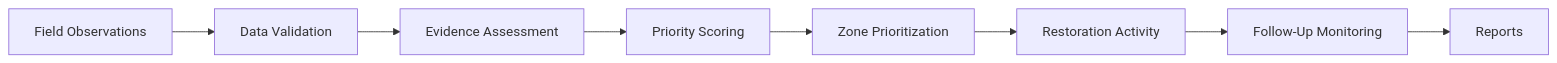
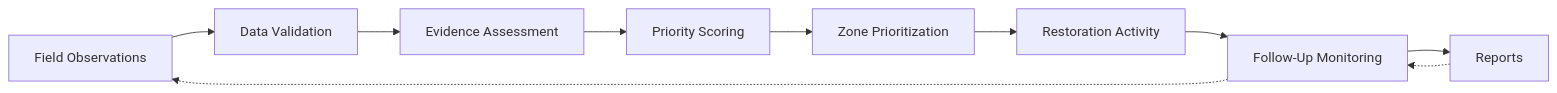
Before and after one commit to Prithiga-tech/EcoRestore-AI: the first of 2 diagrams in README.md, drawn with Mermaid. The commit also changed other lines of this file, not shown here.

````diff
--- a/README.md
+++ b/README.md
@@ -254,10 +302,13 @@
 ```mermaid
 flowchart LR
     A[Field Observations] --> B[Data Validation]
     B --> C[Evidence Assessment]
     C --> D[Priority Scoring]
     D --> E[Zone Prioritization]
     E --> F[Restoration Activity]
     F --> G[Follow-Up Monitoring]
     G --> H[Reports]
+
+    H -.-> G
+    G -.-> A
 ```
````
